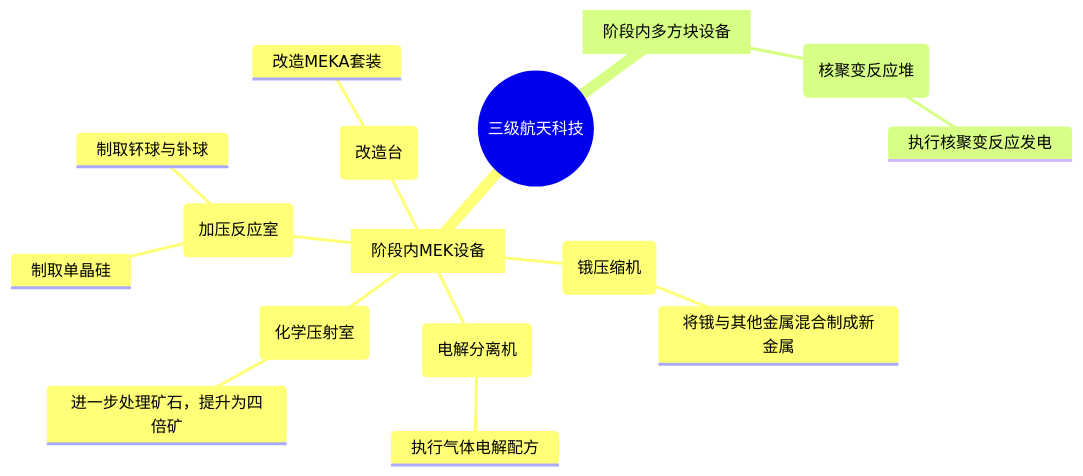
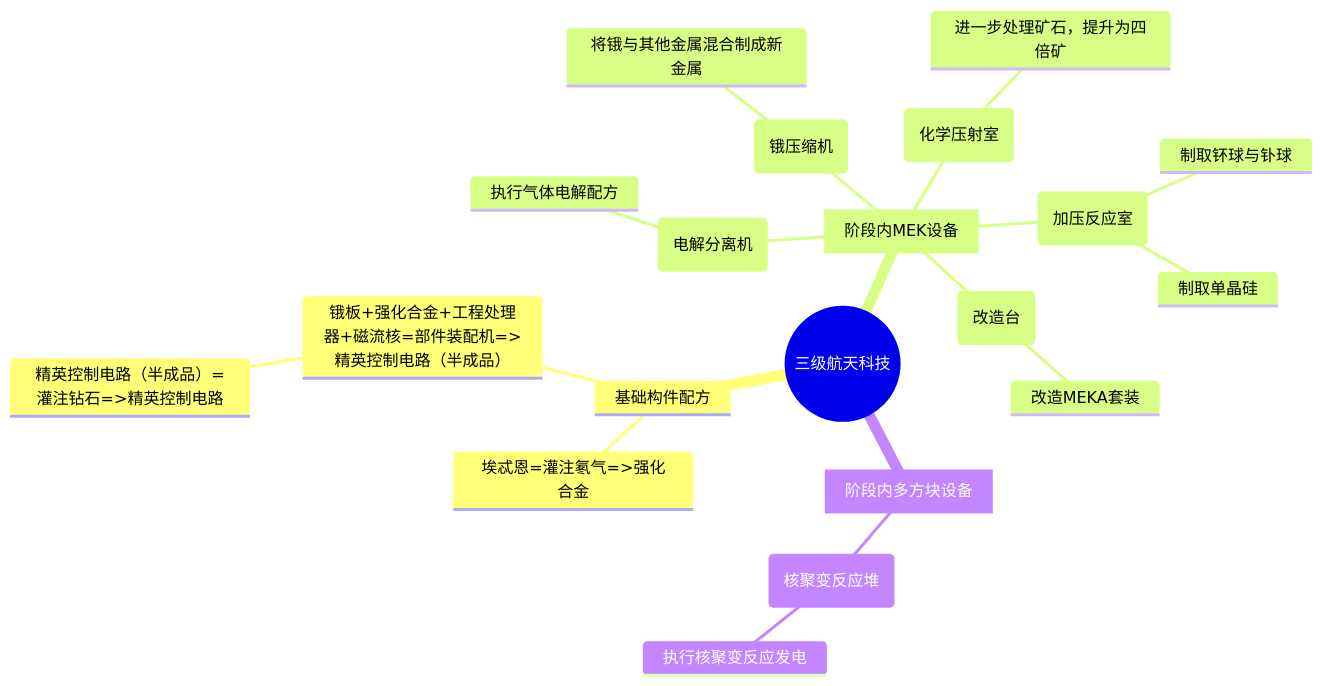
The third of 4 diagrams in Developer/TechTreeMap.md (VechniMetel/CodeNameCIM2), drawn with Mermaid before and after one commit. The commit also changed other lines of this file and 1 other file, not shown here.

````diff
--- a/Developer/TechTreeMap.md
+++ b/Developer/TechTreeMap.md
@@ -67,19 +80,23 @@
 ``` mermaid
 mindmap
     root((三级航天科技))
+        基础构件配方
+            埃忒恩=灌注氡气=>强化合金
+            锇板+强化合金+工程处理器+磁流核=部件装配机=>精英控制电路（半成品）
+                精英控制电路（半成品）=灌注钻石=>精英控制电路
         [阶段内MEK设备]
             (锇压缩机)
                 将锇与其他金属混合制成新金属
             (化学压射室)
                 进一步处理矿石，提升为四倍矿
             (电解分离机)
                 执行气体电解配方
             (加压反应室)
                 制取钚球与钋球
                 制取单晶硅
             (改造台)
                 改造MEKA套装
         [阶段内多方块设备]
             (核聚变反应堆)
                 执行核聚变反应发电
 ```
````
